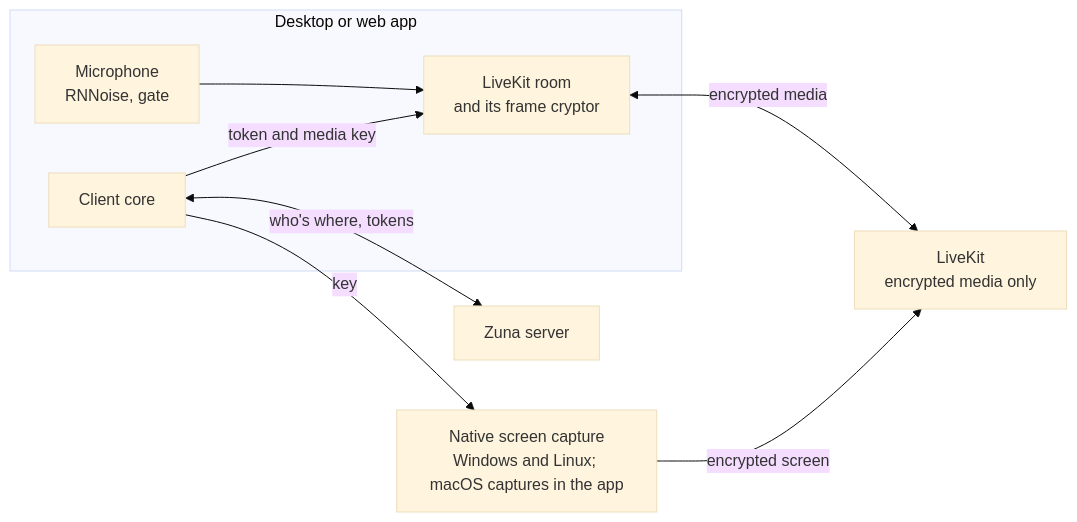
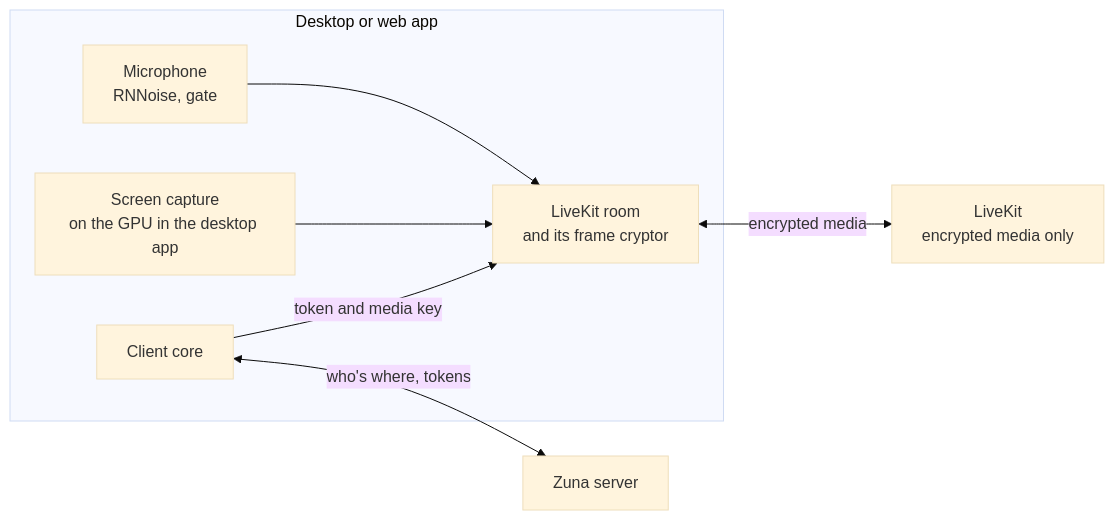
The second of 2 diagrams in docs/ARCHITECTURE.md (zuna-app/zuna), drawn with Mermaid (base theme) before and after one commit. The commit also changed other lines of this file and 2 other files, not shown here.

First line of the commit message:
docs: fixed the security and architecture docs where they'd gone stale

````diff
--- a/docs/ARCHITECTURE.md
+++ b/docs/ARCHITECTURE.md
@@ -67,17 +69,16 @@
 ```mermaid
 flowchart LR
   subgraph App["Desktop or web app"]
     Core["Client core"]
     Room["LiveKit room<br/>and its frame cryptor"]
     Mic["Microphone<br/>RNNoise, gate"]
+    Screen["Screen capture<br/>on the GPU in the desktop app"]
     Mic --> Room
+    Screen --> Room
     Core -->|"token and media key"| Room
   end
-  Native["Native screen capture<br/>Windows and Linux; macOS captures in the app"]
   Zuna["Zuna server"]
   LiveKit["LiveKit<br/>encrypted media only"]
   Core <-->|"who's where, tokens"| Zuna
   Room <-->|"encrypted media"| LiveKit
-  Native -->|"encrypted screen"| LiveKit
-  Core -->|"key"| Native
 ```
````
